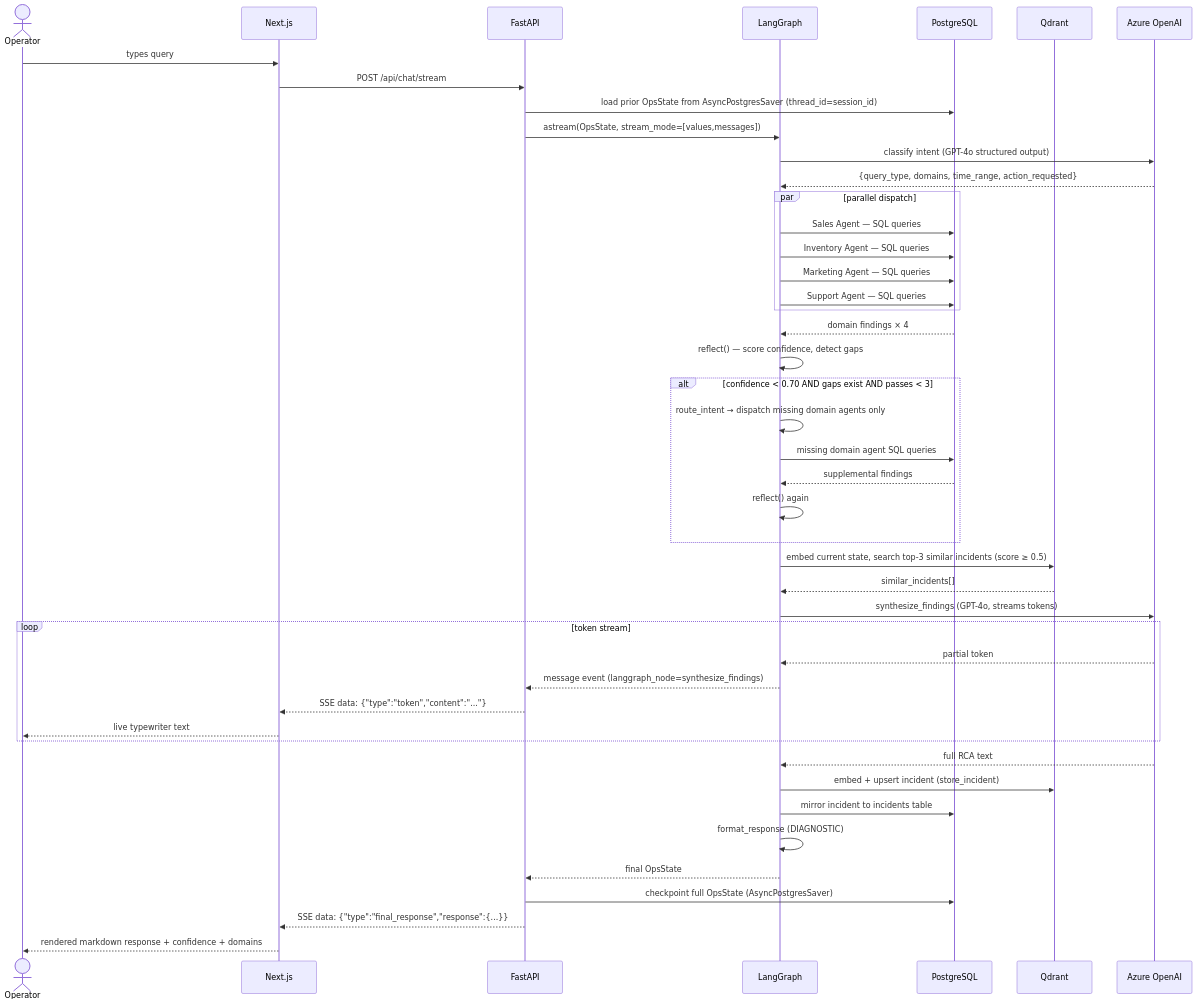
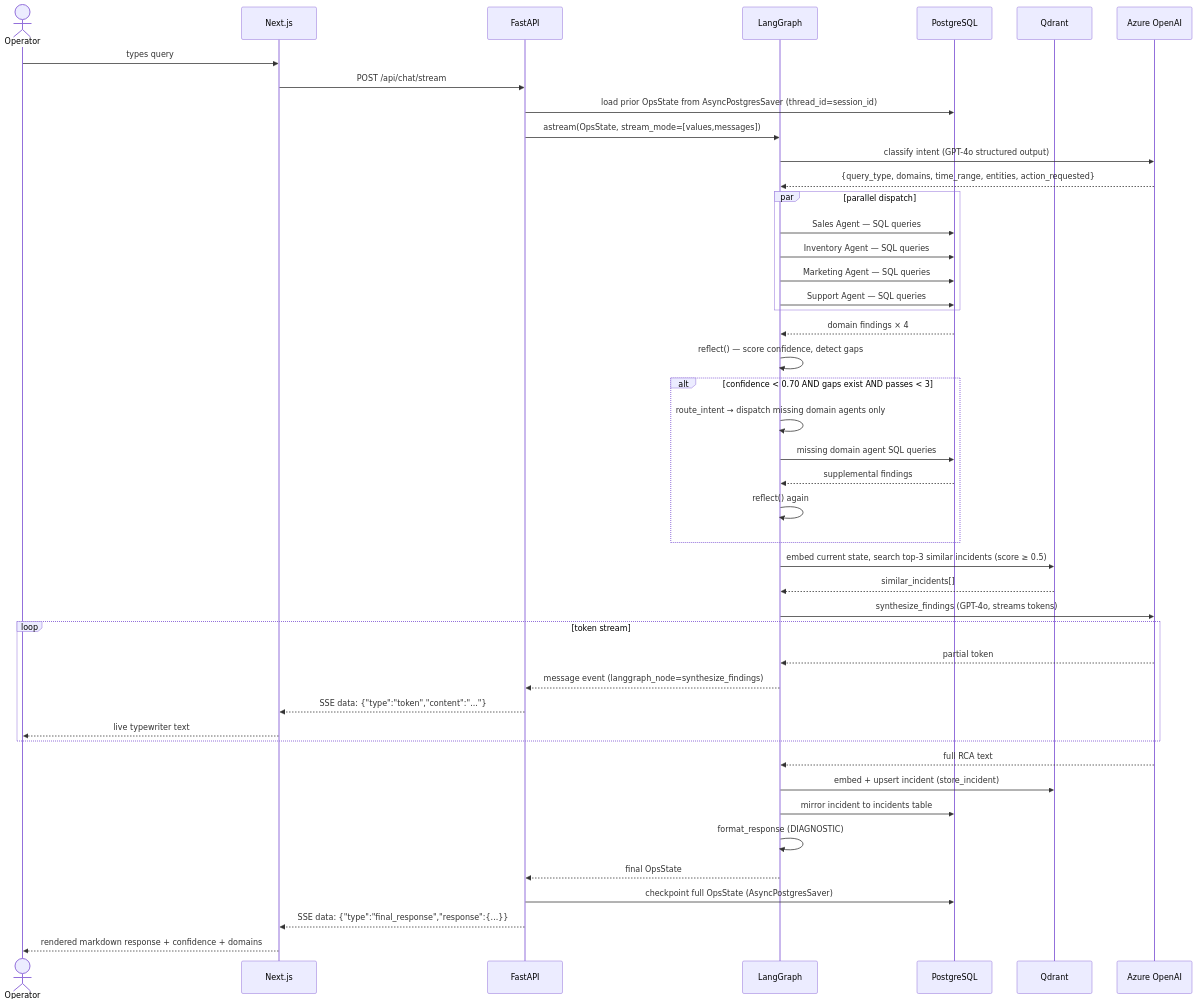
Before and after one commit to dennisovich29/ecomm-ops-brain: the first of 5 diagrams in docs/sequence.md, drawn with Mermaid.

Commit message:
final commit

````diff
--- a/docs/sequence.md
+++ b/docs/sequence.md
@@ -5,59 +5,59 @@
 ```mermaid
 sequenceDiagram
     actor Operator
     participant FE as Next.js
     participant API as FastAPI
     participant LG as LangGraph
     participant PG as PostgreSQL
     participant QD as Qdrant
     participant AZ as Azure OpenAI
 
     Operator->>FE: types query
     FE->>API: POST /api/chat/stream
     API->>PG: load prior OpsState from AsyncPostgresSaver (thread_id=session_id)
     API->>LG: astream(OpsState, stream_mode=[values,messages])
 
     LG->>AZ: classify intent (GPT-4o structured output)
-    AZ-->>LG: {query_type, domains, time_range, action_requested}
+    AZ-->>LG: {query_type, domains, time_range, entities, action_requested}
 
     par parallel dispatch
         LG->>PG: Sales Agent — SQL queries
         LG->>PG: Inventory Agent — SQL queries
         LG->>PG: Marketing Agent — SQL queries
         LG->>PG: Support Agent — SQL queries
     end
 
     PG-->>LG: domain findings × 4
 
     LG->>LG: reflect() — score confidence, detect gaps
 
     alt confidence < 0.70 AND gaps exist AND passes < 3
         LG->>LG: route_intent → dispatch missing domain agents only
         LG->>PG: missing domain agent SQL queries
         PG-->>LG: supplemental findings
         LG->>LG: reflect() again
     end
 
     LG->>QD: embed current state, search top-3 similar incidents (score ≥ 0.5)
     QD-->>LG: similar_incidents[]
 
     LG->>AZ: synthesize_findings (GPT-4o, streams tokens)
 
     loop token stream
         AZ-->>LG: partial token
         LG-->>API: message event (langgraph_node=synthesize_findings)
         API-->>FE: SSE data: {"type":"token","content":"..."}
         FE-->>Operator: live typewriter text
     end
 
     AZ-->>LG: full RCA text
 
     LG->>QD: embed + upsert incident (store_incident)
     LG->>PG: mirror incident to incidents table
 
     LG->>LG: format_response (DIAGNOSTIC)
     LG-->>API: final OpsState
     API->>PG: checkpoint full OpsState (AsyncPostgresSaver)
     API-->>FE: SSE data: {"type":"final_response","response":{...}}
     FE-->>Operator: rendered markdown response + confidence + domains
 ```
````
